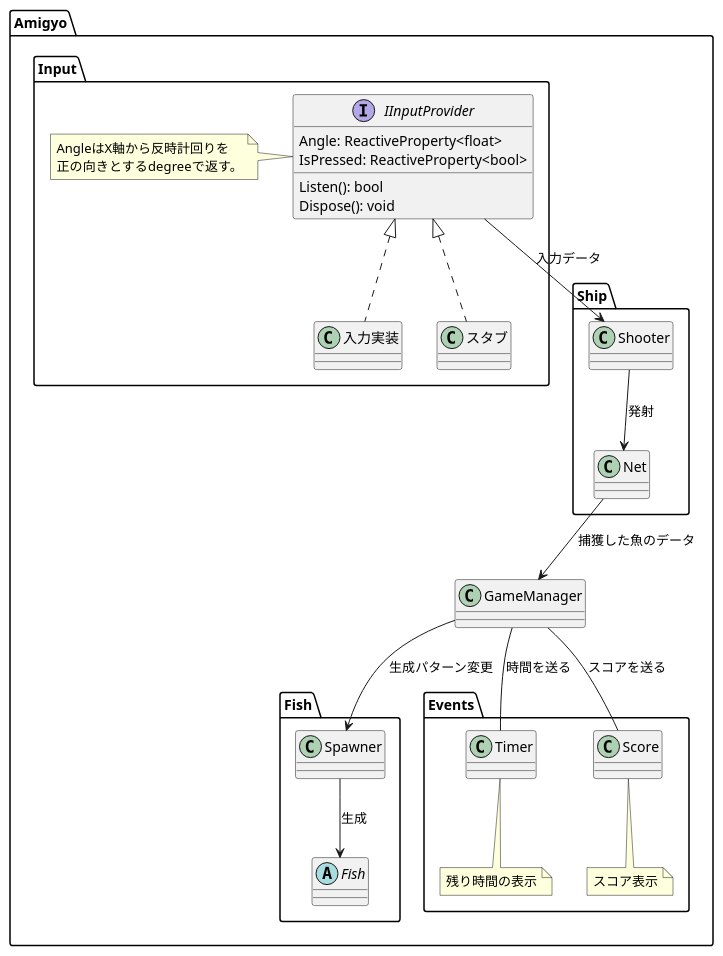
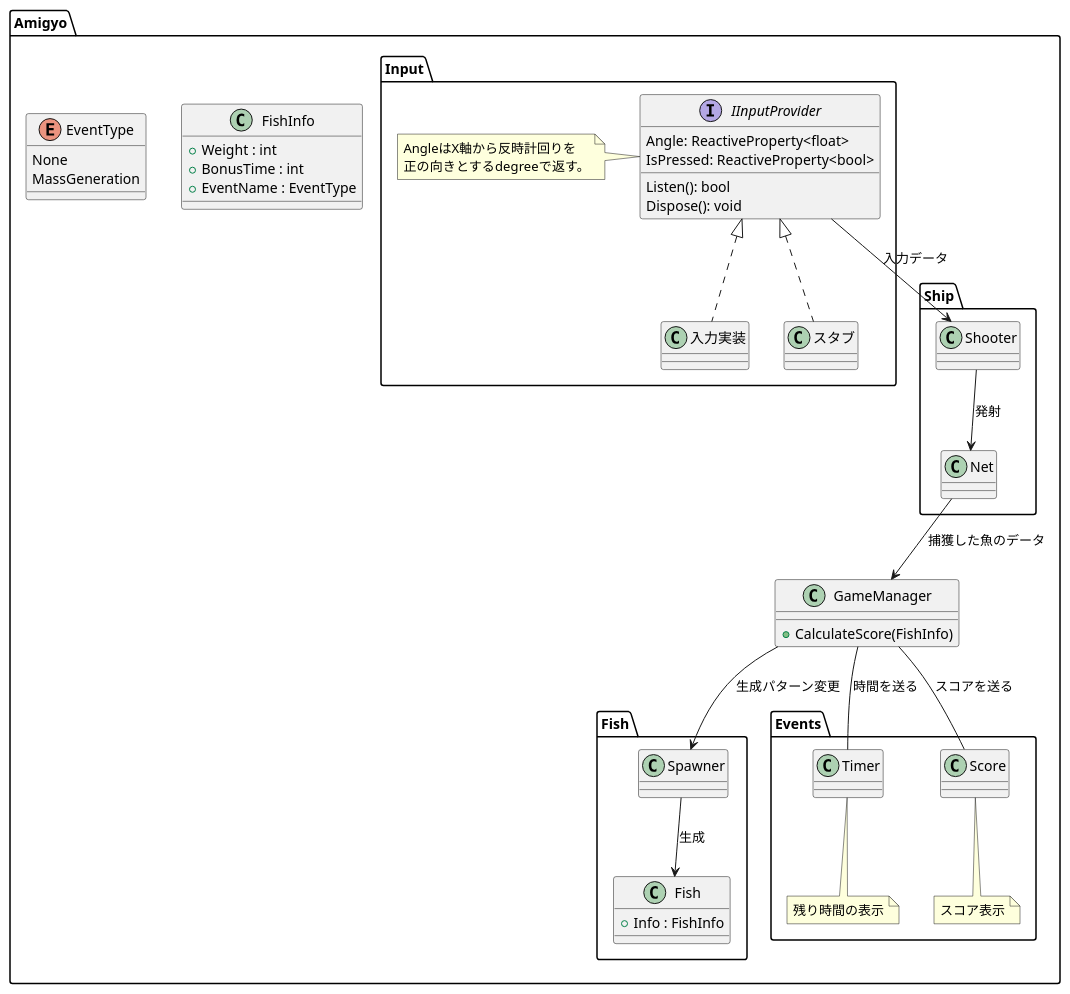
One commit to pumpkin1126/ami-gyo changed the diagram in docs/ソフトウェアクラス図.plantuml. Above: the diagram before and after it, drawn with PlantUML.

Commit message:
内部設計にpublicメンバの情報を追加

```diff
--- a/docs/ソフトウェアクラス図.plantuml
+++ b/docs/ソフトウェアクラス図.plantuml
@@ -1,60 +1,77 @@
 @startuml Amigyo-class
 
 namespace Amigyo {
 
     namespace Input {
         interface IInputProvider {
             Angle: ReactiveProperty<float>
             IsPressed: ReactiveProperty<bool>
             Listen(): bool
             Dispose(): void
         }
         note left
         AngleはX軸から反時計回りを
         正の向きとするdegreeで返す。
         end note
 
         IInputProvider <|.. 入力実装
         IInputProvider <|.. スタブ
     }
 
     namespace Fish{
         class Spawner{
 
         }
         abstract class Fish
 
         Spawner --> Fish : 生成
+
+        class Fish{
+            + Info : FishInfo
+        }
     }
 
-    class GameManager
+    class GameManager{
+        + CalculateScore(FishInfo)
+    }
+
+    class FishInfo{
+        + Weight : int
+        + BonusTime : int
+        + EventName : EventType
+    }
+
+    enum EventType{
+        None
+        MassGeneration
+    }
 
     namespace Events{
 
         class Timer{
 
         }
         note bottom : 残り時間の表示
 
         class Score{
 
         }
         note bottom : スコア表示
     }
 
     namespace Ship{
         class Shooter{
 
         }
         class Net
 
         Shooter --> Net : 発射
     }
 
     GameManager -- Amigyo.Events.Timer : 時間を送る
     GameManager -- Amigyo.Events.Score : スコアを送る
     GameManager --> Amigyo.Fish.Spawner : 生成パターン変更
     Amigyo.Ship.Net --> GameManager : 捕獲した魚のデータ
     Amigyo.Input.IInputProvider --> Amigyo.Ship.Shooter : 入力データ
 }
 @enduml
```
